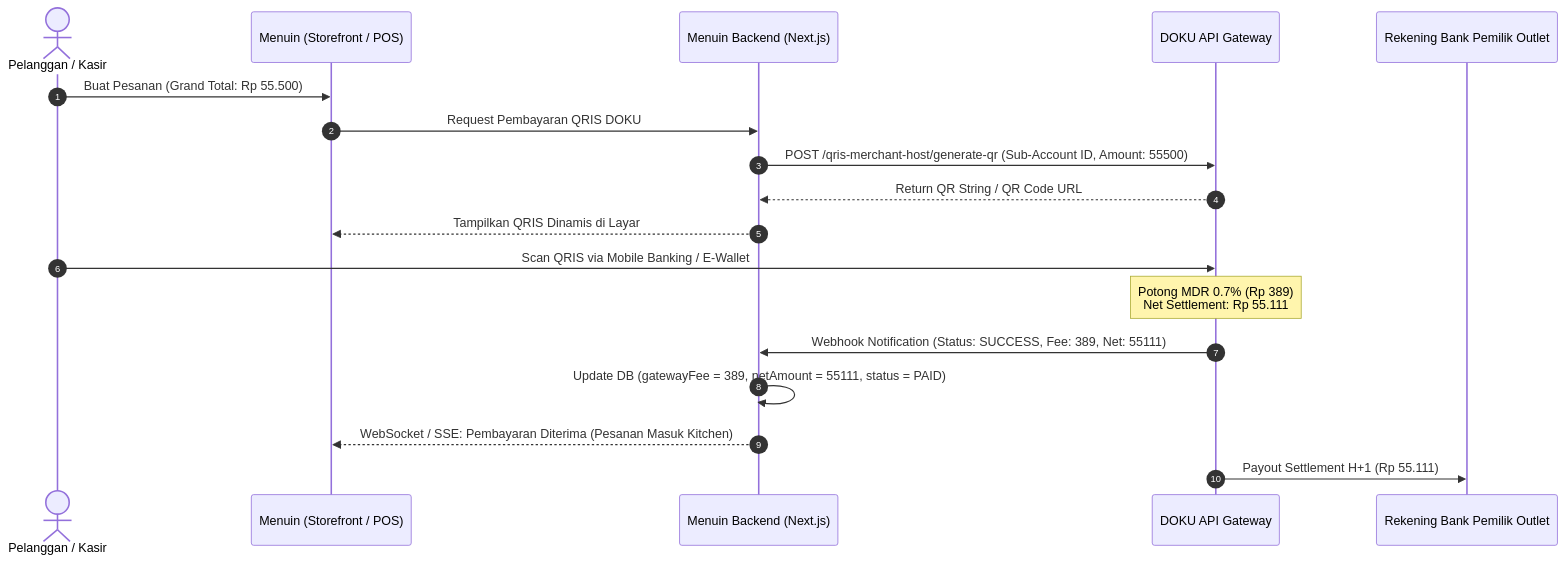
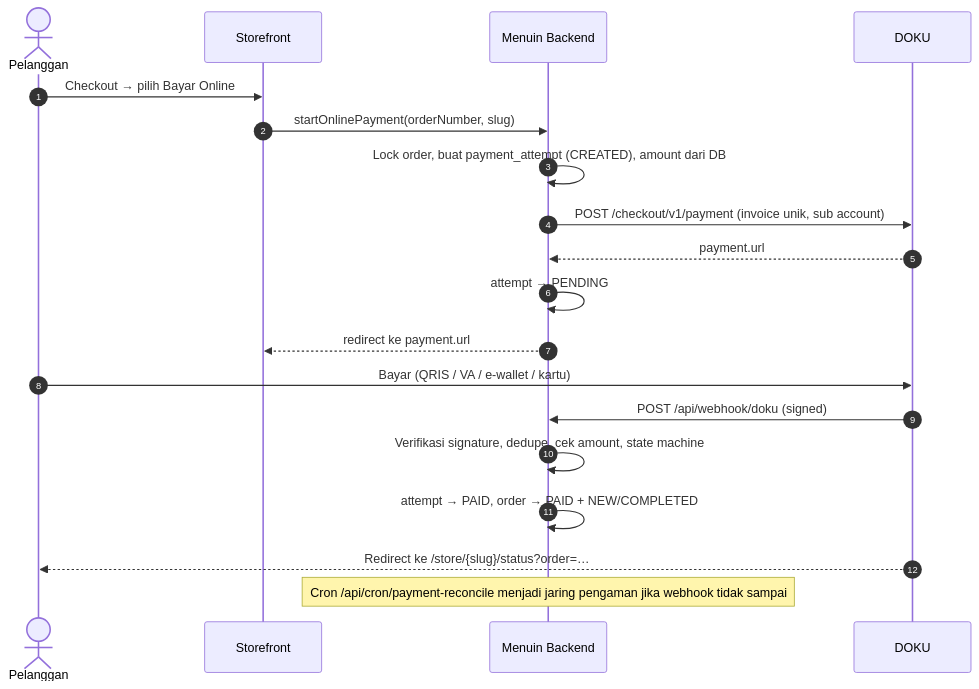
Before and after one commit to zidaneelfasya/menuin: the diagram in docs/doku_payment_gateway_migration_source_of_truth.md, drawn with Mermaid. The commit also changed other lines of this file and 40 other files, not shown here.

First line of the commit message:
feat(payments): integrasi DOKU Checkout untuk pembayaran online storefront

````diff
--- a/docs/doku_payment_gateway_migration_source_of_truth.md
+++ b/docs/doku_payment_gateway_migration_source_of_truth.md
@@ -23,21 +29,21 @@
 ```mermaid
 sequenceDiagram
     autonumber
-    actor Pelanggan as Pelanggan / Kasir
-    participant Frontend as Menuin (Storefront / POS)
-    participant Backend as Menuin Backend (Next.js)
-    participant DOKU as DOKU API Gateway
-    participant Bank as Rekening Bank Pemilik Outlet
-
-    Pelanggan->>Frontend: Buat Pesanan (Grand Total: Rp 55.500)
-    Frontend->>Backend: Request Pembayaran QRIS DOKU
-    Backend->>DOKU: POST /qris-merchant-host/generate-qr (Sub-Account ID, Amount: 55500)
-    DOKU-->>Backend: Return QR String / QR Code URL
-    Backend-->>Frontend: Tampilkan QRIS Dinamis di Layar
-    Pelanggan->>DOKU: Scan QRIS via Mobile Banking / E-Wallet
-    Note over DOKU: Potong MDR 0.7% (Rp 389)<br>Net Settlement: Rp 55.111
-    DOKU->>Backend: Webhook Notification (Status: SUCCESS, Fee: 389, Net: 55111)
-    Backend->>Backend: Update DB (gatewayFee = 389, netAmount = 55111, status = PAID)
-    Backend-->>Frontend: WebSocket / SSE: Pembayaran Diterima (Pesanan Masuk Kitchen)
-    DOKU->>Bank: Payout Settlement H+1 (Rp 55.111)
+    actor P as Pelanggan
+    participant S as Storefront
+    participant B as Menuin Backend
+    participant D as DOKU
+    P->>S: Checkout → pilih Bayar Online
+    S->>B: startOnlinePayment(orderNumber, slug)
+    B->>B: Lock order, buat payment_attempt (CREATED), amount dari DB
+    B->>D: POST /checkout/v1/payment (invoice unik, sub account)
+    D-->>B: payment.url
+    B->>B: attempt → PENDING
+    B-->>S: redirect ke payment.url
+    P->>D: Bayar (QRIS / VA / e-wallet / kartu)
+    D->>B: POST /api/webhook/doku (signed)
+    B->>B: Verifikasi signature, dedupe, cek amount, state machine
+    B->>B: attempt → PAID, order → PAID + NEW/COMPLETED
+    D-->>P: Redirect ke /store/{slug}/status?order=…
+    Note over B: Cron /api/cron/payment-reconcile menjadi jaring pengaman jika webhook tidak sampai
 ```
````
